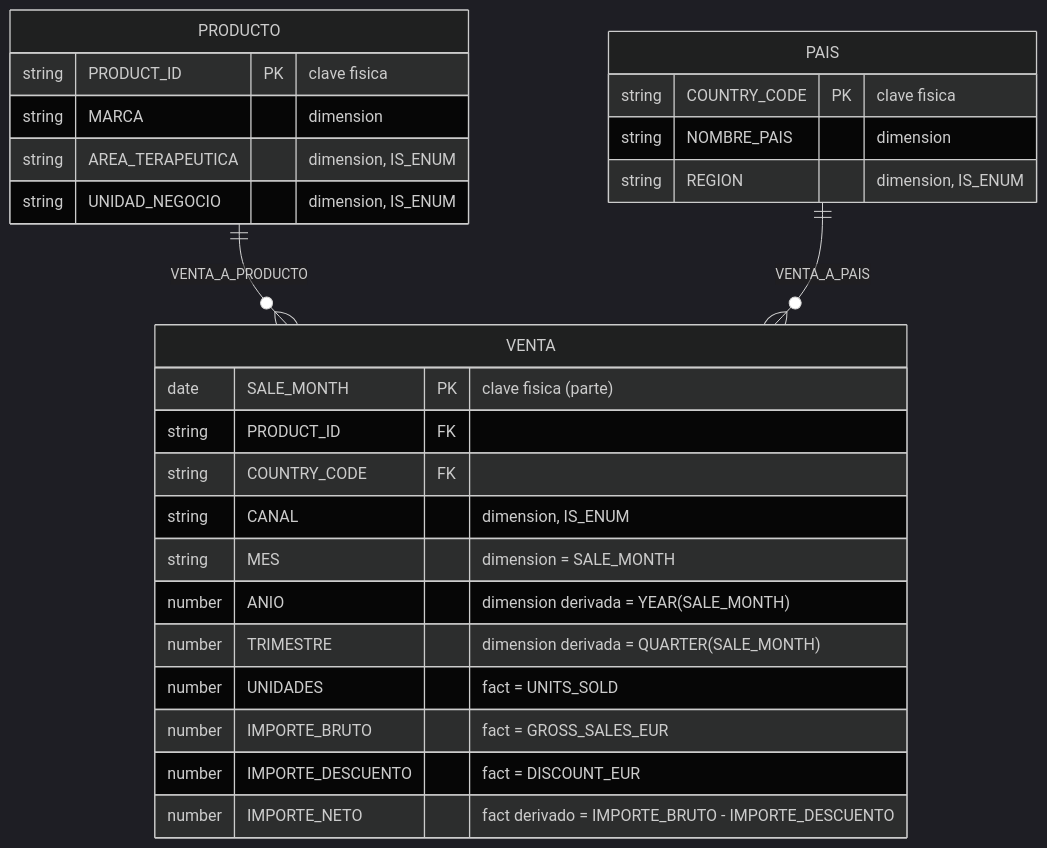
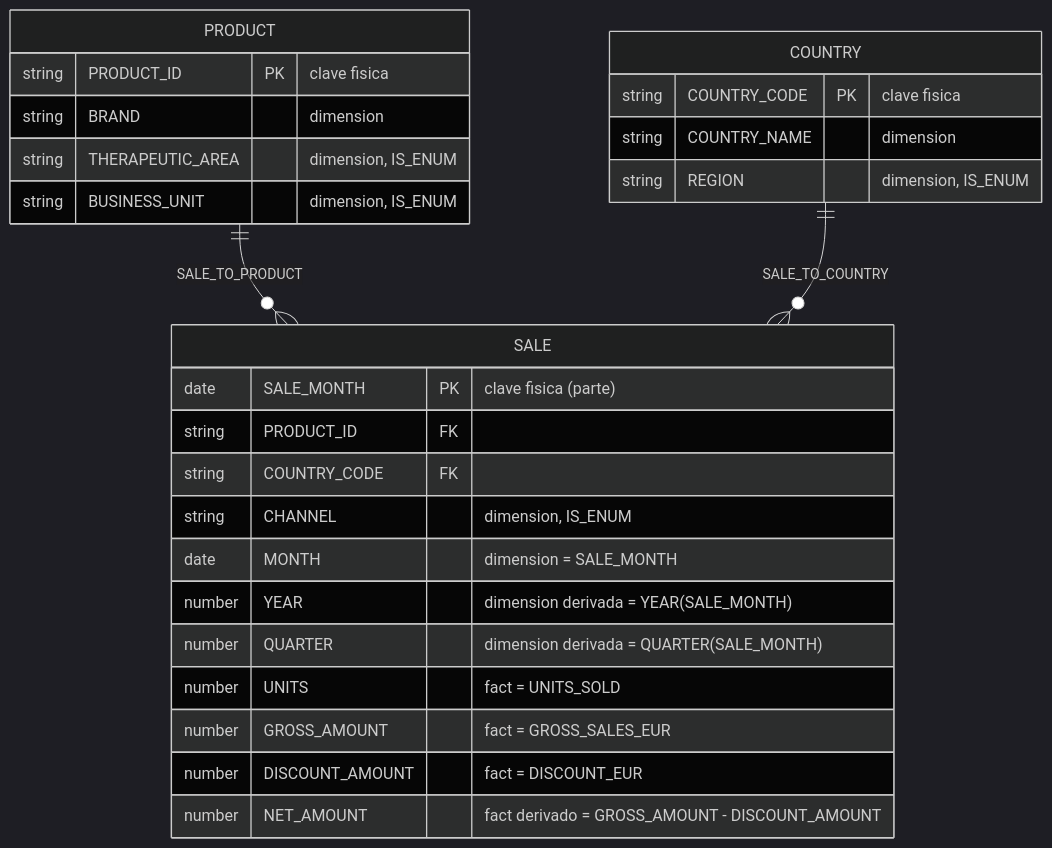
One commit to conversationalanalyticstest/conversational_analytics changed the diagram in specs/002-cortex-semantic-view/data-model.md. Above: the diagram before and after it, drawn with Mermaid (dark theme). The commit also changed other lines of this file and 6 other files, not shown here.

````diff
--- a/specs/002-cortex-semantic-view/data-model.md
+++ b/specs/002-cortex-semantic-view/data-model.md
@@ -12,30 +16,30 @@
 ```mermaid
 erDiagram
-    PRODUCTO ||--o{ VENTA : "VENTA_A_PRODUCTO"
-    PAIS ||--o{ VENTA : "VENTA_A_PAIS"
+    PRODUCT ||--o{ SALE : "SALE_TO_PRODUCT"
+    COUNTRY ||--o{ SALE : "SALE_TO_COUNTRY"
 
-    PRODUCTO {
+    PRODUCT {
         string PRODUCT_ID PK "clave fisica"
-        string MARCA "dimension"
-        string AREA_TERAPEUTICA "dimension, IS_ENUM"
-        string UNIDAD_NEGOCIO "dimension, IS_ENUM"
+        string BRAND "dimension"
+        string THERAPEUTIC_AREA "dimension, IS_ENUM"
+        string BUSINESS_UNIT "dimension, IS_ENUM"
     }
-    PAIS {
+    COUNTRY {
         string COUNTRY_CODE PK "clave fisica"
-        string NOMBRE_PAIS "dimension"
+        string COUNTRY_NAME "dimension"
         string REGION "dimension, IS_ENUM"
     }
-    VENTA {
+    SALE {
         date SALE_MONTH PK "clave fisica (parte)"
         string PRODUCT_ID FK
         string COUNTRY_CODE FK
-        string CANAL "dimension, IS_ENUM"
-        string MES "dimension = SALE_MONTH"
-        number ANIO "dimension derivada = YEAR(SALE_MONTH)"
-        number TRIMESTRE "dimension derivada = QUARTER(SALE_MONTH)"
-        number UNIDADES "fact = UNITS_SOLD"
-        number IMPORTE_BRUTO "fact = GROSS_SALES_EUR"
-        number IMPORTE_DESCUENTO "fact = DISCOUNT_EUR"
-        number IMPORTE_NETO "fact derivado = IMPORTE_BRUTO - IMPORTE_DESCUENTO"
+        string CHANNEL "dimension, IS_ENUM"
+        date MONTH "dimension = SALE_MONTH"
+        number YEAR "dimension derivada = YEAR(SALE_MONTH)"
+        number QUARTER "dimension derivada = QUARTER(SALE_MONTH)"
+        number UNITS "fact = UNITS_SOLD"
+        number GROSS_AMOUNT "fact = GROSS_SALES_EUR"
+        number DISCOUNT_AMOUNT "fact = DISCOUNT_EUR"
+        number NET_AMOUNT "fact derivado = GROSS_AMOUNT - DISCOUNT_AMOUNT"
     }
 ```
````
